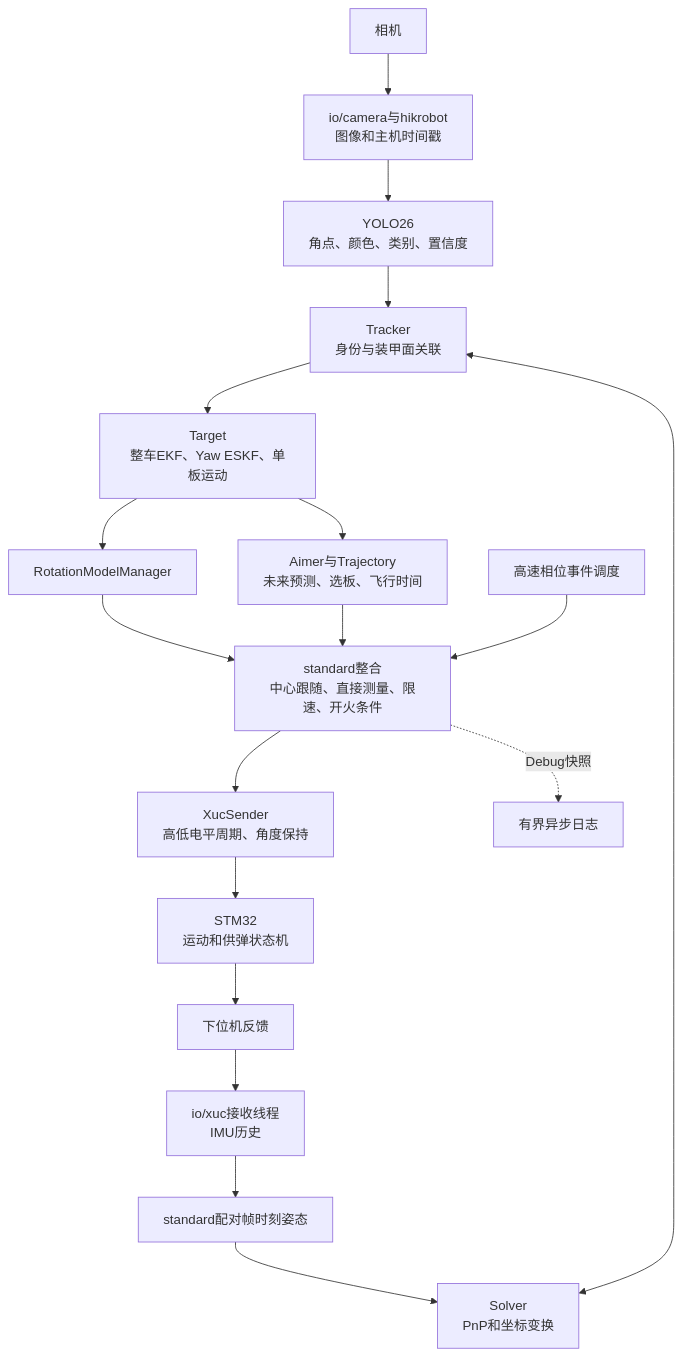
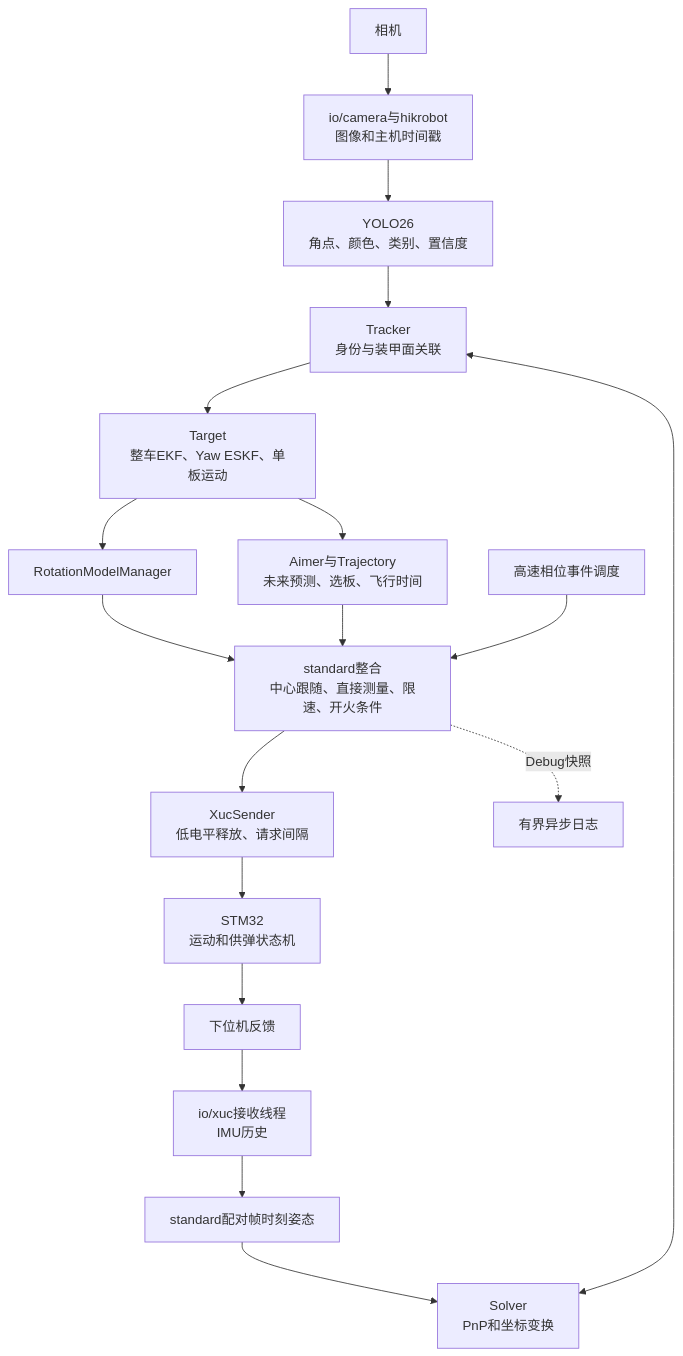
One commit to Reimuaa/Fujian_AutoAim changed the diagram in docs/development.md. Above: the diagram before and after it, drawn with Mermaid. The commit also changed other lines of this file and 30 other files, not shown here.

```diff
--- a/docs/development.md
+++ b/docs/development.md
@@ -24,20 +26,20 @@
 ~~~mermaid
 flowchart TD
   CAM[相机] --> CAP[io/camera与hikrobot<br/>图像和主机时间戳]
   RX[下位机反馈] --> XUC[io/xuc接收线程<br/>IMU历史]
   XUC --> ALIGN[standard配对帧时刻姿态]
   CAP --> DET[YOLO26<br/>角点、颜色、类别、置信度]
   ALIGN --> SOLVE[Solver<br/>PnP和坐标变换]
   DET --> TRACK[Tracker<br/>身份与装甲面关联]
   SOLVE <--> TRACK
   TRACK --> TARGET[Target<br/>整车EKF、Yaw ESKF、单板运动]
   TARGET --> MODE[RotationModelManager]
   TARGET --> AIM[Aimer与Trajectory<br/>未来预测、选板、飞行时间]
   MODE --> STD[standard整合<br/>中心跟随、直接测量、限速、开火条件]
   AIM --> STD
   PHASE[高速相位事件调度] --> STD
-  STD --> SEND[XucSender<br/>高低电平周期、角度保持]
+  STD --> SEND[XucSender<br/>低电平释放、请求间隔]
   SEND --> MCU[STM32<br/>运动和供弹状态机]
   MCU --> RX
   STD -. Debug快照 .-> LOG[有界异步日志]
 ~~~
```
